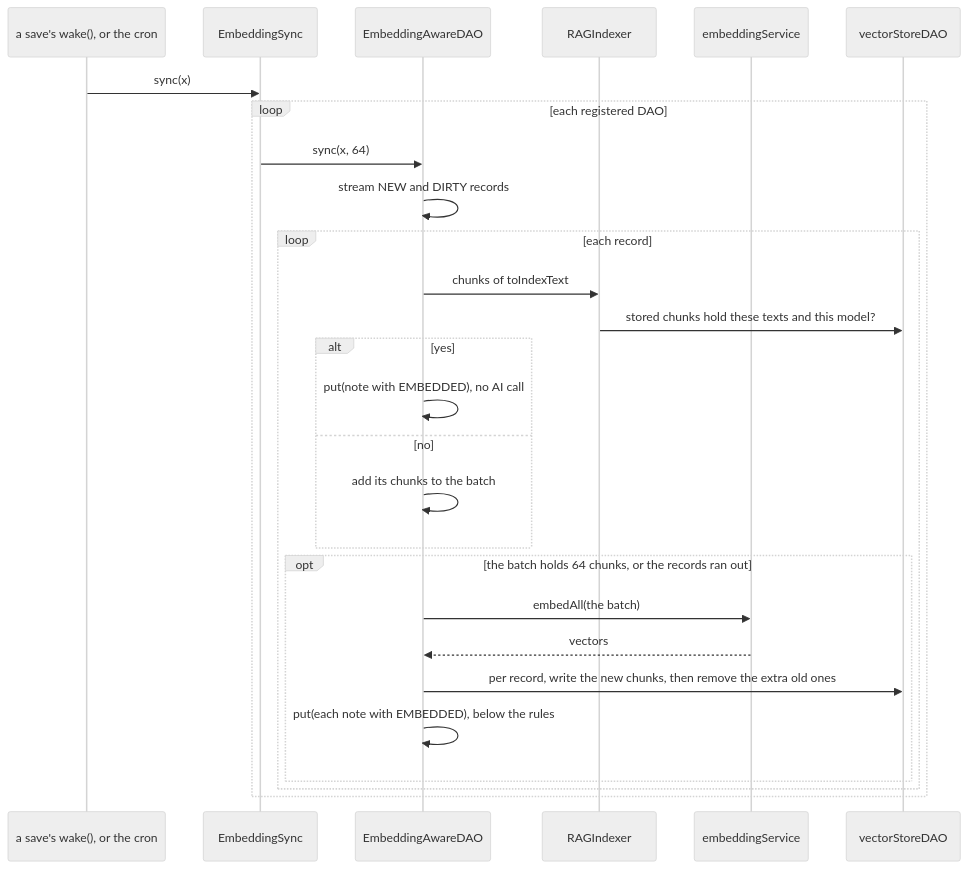
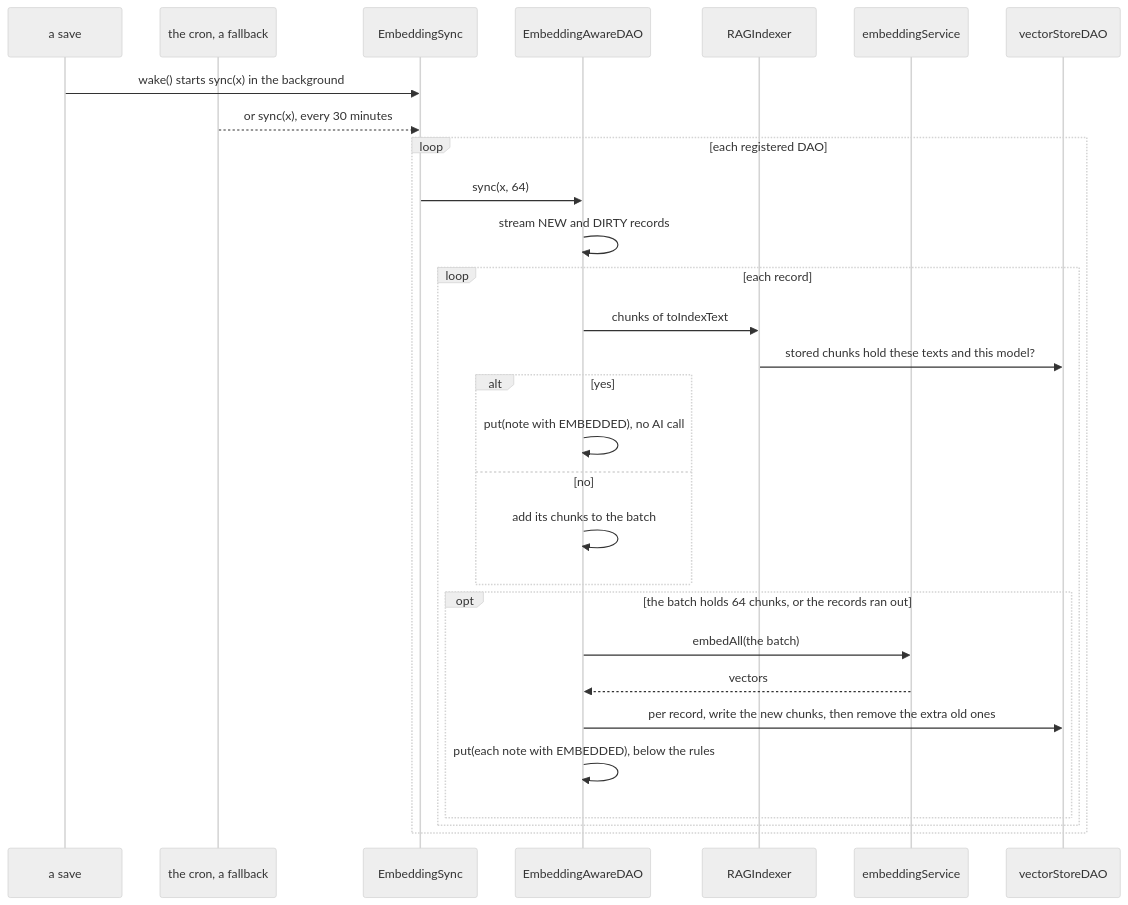
Before and after one commit to foam-foundation/foam3: the fourth of 7 diagrams in doc/guides/Embeddings.md, drawn with Mermaid (neutral theme). The commit also changed other lines of this file, not shown here.

Commit message:
PT-FIXES:DOS-5896 docs(ai): show the save and the fallback cron apart in the sync diagrams

````diff
--- a/doc/guides/Embeddings.md
+++ b/doc/guides/Embeddings.md
@@ -174,29 +174,31 @@
 ```mermaid
 sequenceDiagram
-  participant W as a save's wake(), or the cron
+  participant Save as a save
+  participant Cron as the cron, a fallback
   participant Sync as EmbeddingSync
   participant EA as EmbeddingAwareDAO
   participant Idx as RAGIndexer
   participant Emb as embeddingService
   participant VS as vectorStoreDAO
-  W->>Sync: sync(x)
+  Save->>Sync: wake() starts sync(x) in the background
+  Cron-->>Sync: or sync(x), every 30 minutes
   loop each registered DAO
     Sync->>EA: sync(x, 64)
     EA->>EA: stream NEW and DIRTY records
     loop each record
       EA->>Idx: chunks of toIndexText
       Idx->>VS: stored chunks hold these texts and this model?
       alt yes
         EA->>EA: put(note with EMBEDDED), no AI call
       else no
         EA->>EA: add its chunks to the batch
       end
       opt the batch holds 64 chunks, or the records ran out
         EA->>Emb: embedAll(the batch)
         Emb-->>EA: vectors
         EA->>VS: per record, write the new chunks, then remove the extra old ones
         EA->>EA: put(each note with EMBEDDED), below the rules
       end
     end
   end
 ```
````
